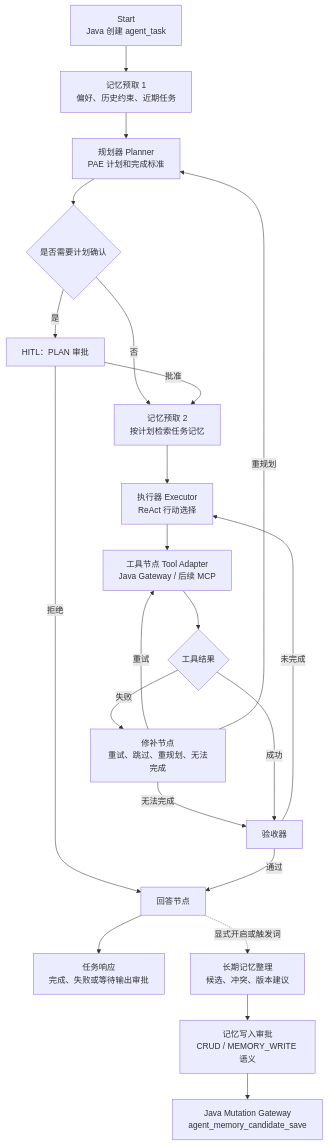
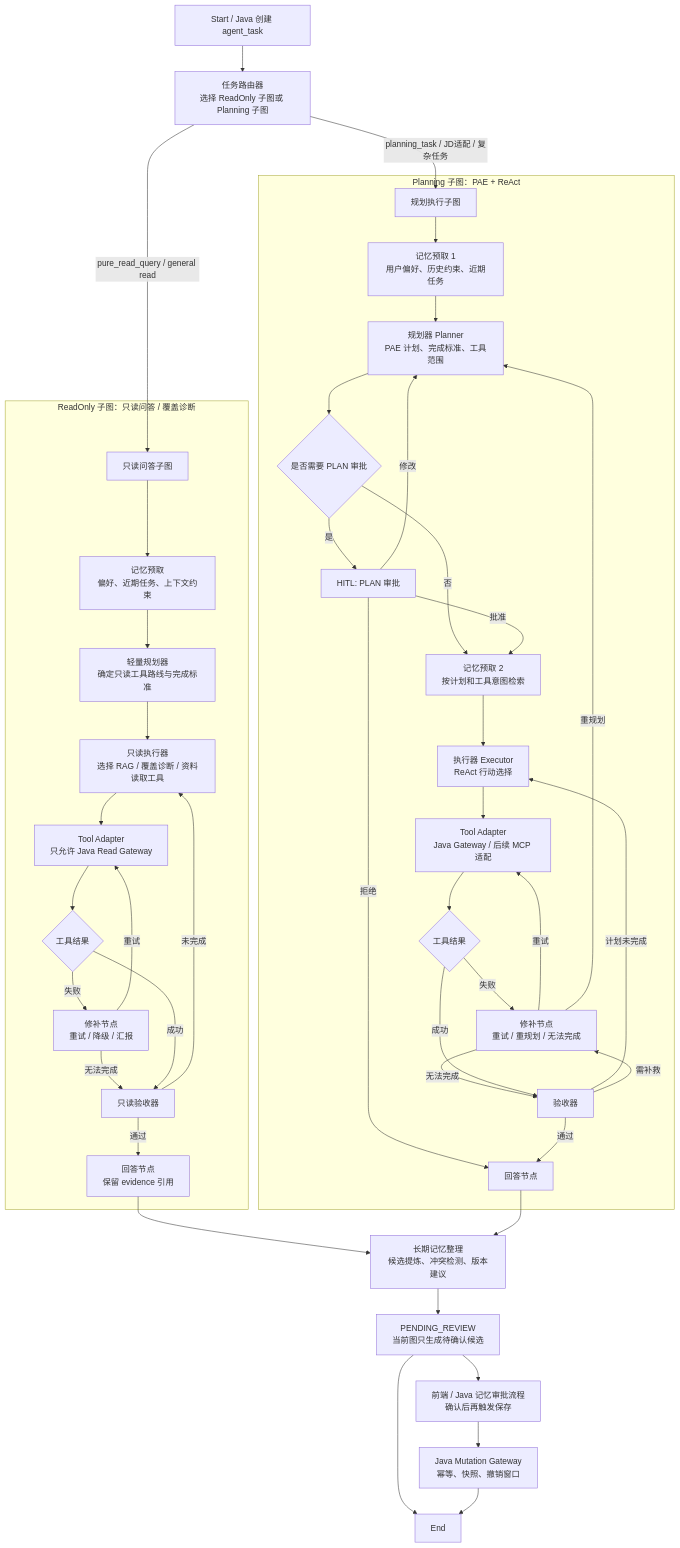
The diagram in docs/api/agent.md (HeWhenJay/Multimodal-RAG-Agent-Learning-Evidence-Platform), drawn with Mermaid before and after one commit. The commit also changed other lines of this file and 12 other files, not shown here.

Commit message:
feat: 统一 Agent LangGraph 路由并清理旧图

````diff
--- a/docs/api/agent.md
+++ b/docs/api/agent.md
@@ -23,24 +23,50 @@
 ```mermaid
 flowchart TD
-    START["Start<br/>Java 创建 agent_task"] --> M0["记忆预取 1<br/>偏好、历史约束、近期任务"]
-    M0 --> PL["规划器 Planner<br/>PAE 计划和完成标准"]
-    PL --> PLAN_GATE{"是否需要计划确认"}
-    PLAN_GATE -->|"是"| PLAN_REVIEW["HITL：PLAN 审批"]
-    PLAN_GATE -->|"否"| M1["记忆预取 2<br/>按计划检索任务记忆"]
-    PLAN_REVIEW -->|"批准"| M1
-    PLAN_REVIEW -->|"拒绝"| ANSWER["回答节点"]
-    M1 --> EXEC["执行器 Executor<br/>ReAct 行动选择"]
-    EXEC --> TOOL["工具节点 Tool Adapter<br/>Java Gateway / 后续 MCP"]
-    TOOL --> RESULT{"工具结果"}
-    RESULT -->|"失败"| REPAIR["修补节点<br/>重试、跳过、重规划、无法完成"]
-    REPAIR -->|"重试"| TOOL
-    REPAIR -->|"重规划"| PL
-    REPAIR -->|"无法完成"| ACCEPT["验收器"]
-    RESULT -->|"成功"| ACCEPT
-    ACCEPT -->|"未完成"| EXEC
-    ACCEPT -->|"通过"| ANSWER
-    ANSWER --> DONE["任务响应<br/>完成、失败或等待输出审批"]
-    ANSWER -. "显式开启或触发词" .-> MEM["长期记忆整理<br/>候选、冲突、版本建议"]
-    MEM --> MEM_REVIEW["记忆写入审批<br/>CRUD / MEMORY_WRITE 语义"]
-    MEM_REVIEW --> SAVE["Java Mutation Gateway<br/>agent_memory_candidate_save"]
+    START["Start / Java 创建 agent_task"] --> ROUTER["任务路由器<br/>选择 ReadOnly 子图或 Planning 子图"]
+    ROUTER -->|"pure_read_query / general read"| R0["只读问答子图"]
+    ROUTER -->|"planning_task / JD适配 / 复杂任务"| P0["规划执行子图"]
+
+    subgraph READ["ReadOnly 子图：只读问答 / 覆盖诊断"]
+      R0 --> RM0["记忆预取<br/>偏好、近期任务、上下文约束"]
+      RM0 --> RP["轻量规划器<br/>确定只读工具路线与完成标准"]
+      RP --> RE["只读执行器<br/>选择 RAG / 覆盖诊断 / 资料读取工具"]
+      RE --> RT["Tool Adapter<br/>只允许 Java Read Gateway"]
+      RT --> RR{"工具结果"}
+      RR -->|"失败"| RREPAIR["修补节点<br/>重试 / 降级 / 汇报"]
+      RREPAIR -->|"重试"| RT
+      RREPAIR -->|"无法完成"| RA["只读验收器"]
+      RR -->|"成功"| RA
+      RA -->|"未完成"| RE
+      RA -->|"通过"| RW["回答节点<br/>保留 evidence 引用"]
+    end
+
+    subgraph PLAN["Planning 子图：PAE + ReAct"]
+      P0 --> PM0["记忆预取 1<br/>用户偏好、历史约束、近期任务"]
+      PM0 --> PL["规划器 Planner<br/>PAE 计划、完成标准、工具范围"]
+      PL --> HPLAN{"是否需要 PLAN 审批"}
+      HPLAN -->|"是"| PLAN_REVIEW["HITL: PLAN 审批"]
+      HPLAN -->|"否"| PM1["记忆预取 2<br/>按计划和工具意图检索"]
+      PLAN_REVIEW -->|"批准"| PM1
+      PLAN_REVIEW -->|"修改"| PL
+      PLAN_REVIEW -->|"拒绝"| PAW["回答节点"]
+      PM1 --> EXEC["执行器 Executor<br/>ReAct 行动选择"]
+      EXEC --> TOOL["Tool Adapter<br/>Java Gateway / 后续 MCP 适配"]
+      TOOL --> TR{"工具结果"}
+      TR -->|"失败"| REPAIR["修补节点<br/>重试 / 重规划 / 无法完成"]
+      REPAIR -->|"重试"| TOOL
+      REPAIR -->|"重规划"| PL
+      REPAIR -->|"无法完成"| ACCEPT["验收器"]
+      TR -->|"成功"| ACCEPT
+      ACCEPT -->|"计划未完成"| EXEC
+      ACCEPT -->|"需补救"| REPAIR
+      ACCEPT -->|"通过"| PAW["回答节点"]
+    end
+
+    RW --> MEM["长期记忆整理<br/>候选提炼、冲突检测、版本建议"]
+    PAW --> MEM
+    MEM --> PENDING["PENDING_REVIEW<br/>当前图只生成待确认候选"]
+    PENDING --> REVIEW_NOTE["前端 / Java 记忆审批流程<br/>确认后再触发保存"]
+    REVIEW_NOTE --> SAVE["Java Mutation Gateway<br/>幂等、快照、撤销窗口"]
+    PENDING --> END["End"]
+    SAVE --> END
 ```
````
